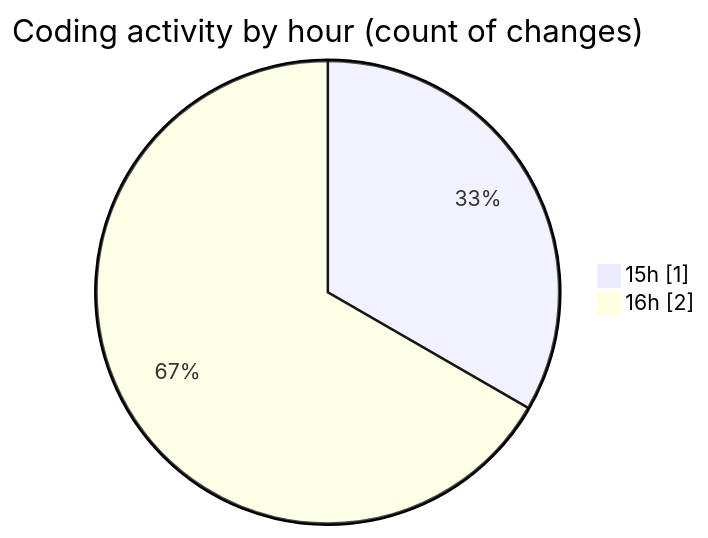
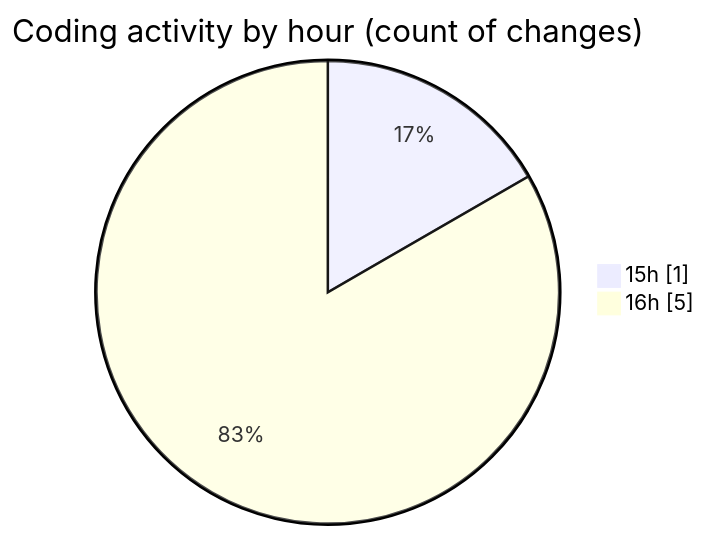
The second of 2 diagrams in 2025-07-21/fish/README.md (EIIisD/code-tracking), drawn with Mermaid before and after one commit. The commit also changed other lines of this file and 1 other file, not shown here.

````diff
--- a/2025-07-21/fish/README.md
+++ b/2025-07-21/fish/README.md
@@ -30,6 +31,6 @@
 ```mermaid
 pie showData
 title Coding activity by hour (count of changes)
 "15h" : 1
-"16h" : 2
+"16h" : 5
 ```
````
